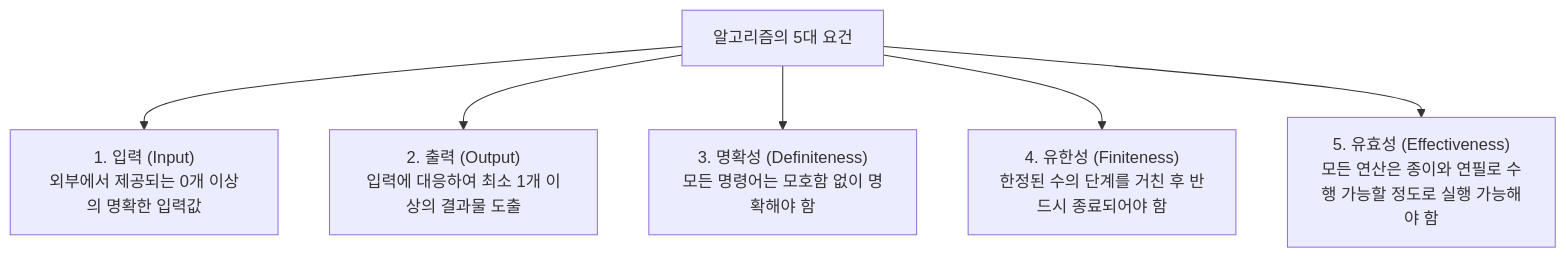
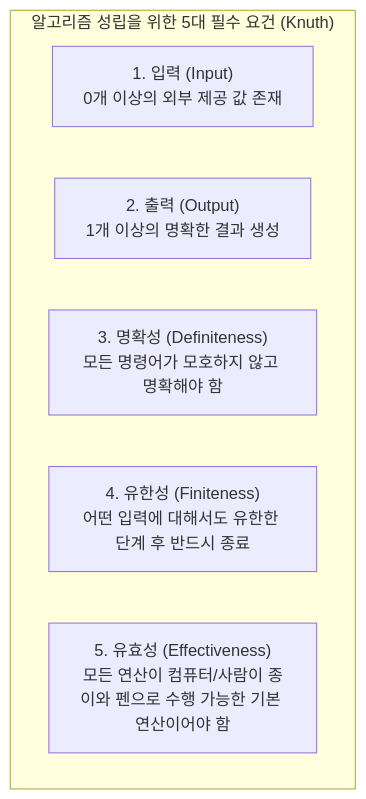
The first of 5 diagrams in ComputerScience/06_algorithms-graphics/algorithm-design-analysis/notes/01. 알고리즘의 개요와 문제 해결 프레임워크.md (umyunsang/edu), drawn with Mermaid before and after one commit. The commit also changed other lines of this file and 1 other file, not shown here.

Commit message:
Auto-save: Updated ComputerScience/06_algorithms-graphics/algorithm-design-analysis/notes/01. 알고리즘의 개요와 문제 해결 프레임워크.md, ComputerScience/06_algorithms-graphics/algorithm-design-analysis/notes/index.md

````diff
--- a/ComputerScience/06_algorithms-graphics/algorithm-design-analysis/notes/01. 알고리즘의 개요와 문제 해결 프레임워크.md
+++ b/ComputerScience/06_algorithms-graphics/algorithm-design-analysis/notes/01. 알고리즘의 개요와 문제 해결 프레임워크.md
@@ -35,9 +35,10 @@
 ```mermaid
 flowchart TD
-    ALGO["알고리즘의 5대 요건"]
-    ALGO --> IN["1. 입력 (Input)<br/>외부에서 제공되는 0개 이상의 명확한 입력값"]
-    ALGO --> OUT["2. 출력 (Output)<br/>입력에 대응하여 최소 1개 이상의 결과물 도출"]
-    ALGO --> DEF["3. 명확성 (Definiteness)<br/>모든 명령어는 모호함 없이 명확해야 함"]
-    ALGO --> FIN["4. 유한성 (Finiteness)<br/>한정된 수의 단계를 거친 후 반드시 종료되어야 함"]
-    ALGO --> EFF["5. 유효성 (Effectiveness)<br/>모든 연산은 종이와 연필로 수행 가능할 정도로 실행 가능해야 함"]
+    subgraph CRITERIA["알고리즘 성립을 위한 5대 필수 요건 (Knuth)"]
+        IN["1. 입력 (Input)<br/>0개 이상의 외부 제공 값 존재"]
+        OUT["2. 출력 (Output)<br/>1개 이상의 명확한 결과 생성"]
+        DEF["3. 명확성 (Definiteness)<br/>모든 명령어가 모호하지 않고 명확해야 함"]
+        FIN["4. 유한성 (Finiteness)<br/>어떤 입력에 대해서도 유한한 단계 후 반드시 종료"]
+        EFF["5. 유효성 (Effectiveness)<br/>모든 연산이 컴퓨터/사람이 종이와 펜으로 수행 가능한 기본 연산이어야 함"]
+    end
 ```
````
